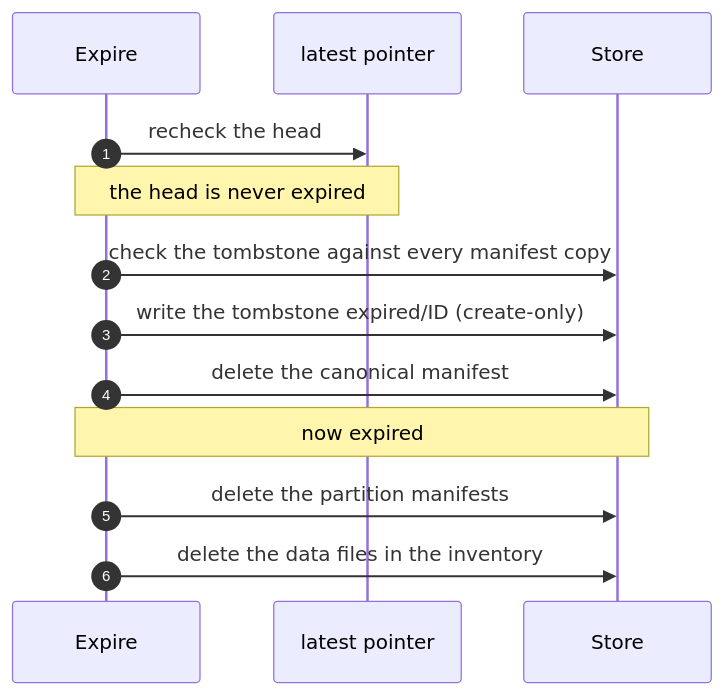
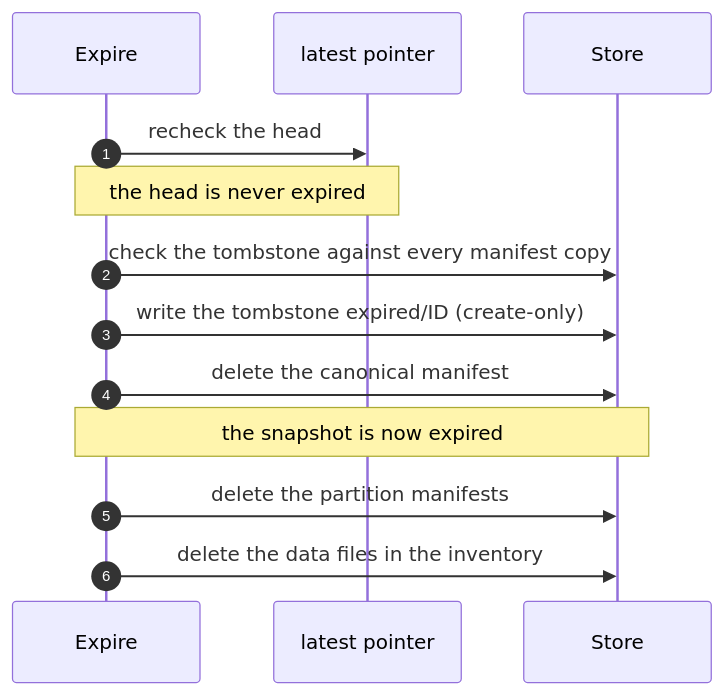
The second of 3 diagrams in docs/guides/retention.md (pithecene/lode), drawn with Mermaid before and after one commit. The commit also changed other lines of this file and 29 other files, not shown here.

````diff
--- a/docs/guides/retention.md
+++ b/docs/guides/retention.md
@@ -87,15 +93,15 @@
 ```mermaid
 sequenceDiagram
     autonumber
     participant E as Expire
     participant P as latest pointer
     participant S as Store
     E->>P: recheck the head
     Note over E,P: the head is never expired
     E->>S: check the tombstone against every manifest copy
     E->>S: write the tombstone expired/ID (create-only)
     E->>S: delete the canonical manifest
-    Note over E,S: now expired
+    Note over E,S: the snapshot is now expired
     E->>S: delete the partition manifests
     E->>S: delete the data files in the inventory
 ```
````
